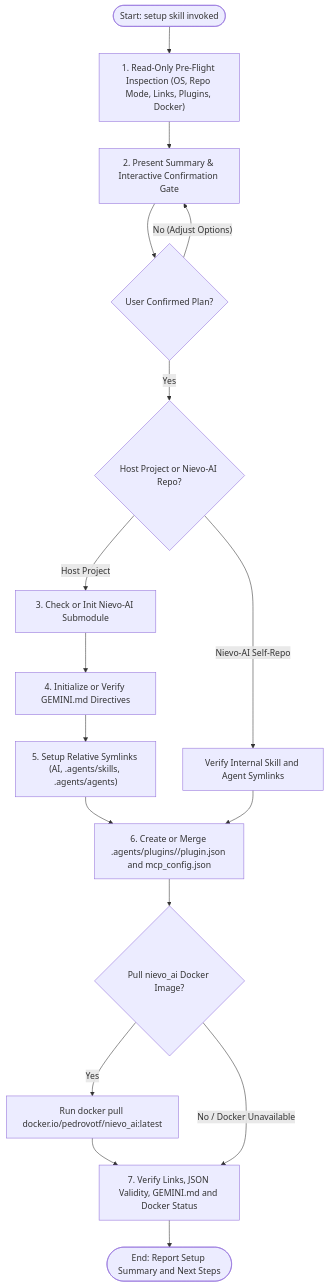
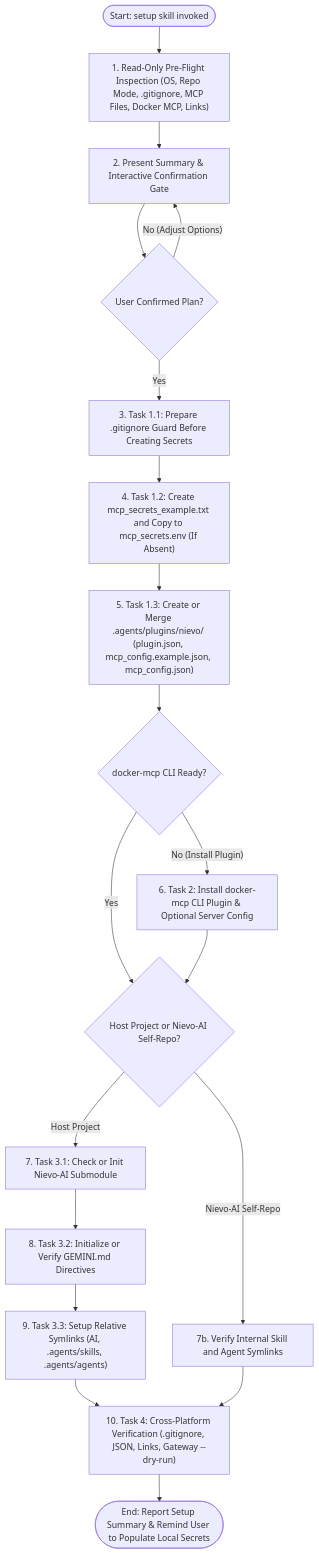
One commit to pedrovtof/Nievo-AI changed the diagram in AI/GEMINI/skills/setup/setup.md. Above: the diagram before and after it, drawn with Mermaid. The commit also changed other lines of this file and 27 other files, not shown here.

First line of the commit message:
feat(skills): add postman skill, mcp integrations, and env guardrails (#13)

````diff
--- a/AI/GEMINI/skills/setup/setup.md
+++ b/AI/GEMINI/skills/setup/setup.md
@@ -36,23 +45,26 @@
 ```mermaid
 flowchart TD
-    start(["Start: setup skill invoked"]) --> preflight["1. Read-Only Pre-Flight Inspection (OS, Repo Mode, Links, Plugins, Docker)"]
+    start(["Start: setup skill invoked"]) --> preflight["1. Read-Only Pre-Flight Inspection (OS, Repo Mode, .gitignore, MCP Files, Docker MCP, Links)"]
     preflight --> gate["2. Present Summary & Interactive Confirmation Gate"]
     gate --> approved{"User Confirmed Plan?"}
     approved -- "No (Adjust Options)" --> gate
-    approved -- "Yes" --> repo_mode{"Host Project or Nievo-AI Repo?"}
+    approved -- "Yes" --> gitignore_guard["3. Task 1.1: Prepare .gitignore Guard Before Creating Secrets"]
 
-    repo_mode -- "Host Project" --> submodule["3. Check or Init Nievo-AI Submodule"]
-    submodule --> gemini_md["4. Initialize or Verify GEMINI.md Directives"]
-    gemini_md --> symlinks["5. Setup Relative Symlinks (AI, .agents/skills, .agents/agents)"]
-    symlinks --> plugin_mcp
+    gitignore_guard --> secrets_mold["4. Task 1.2: Create mcp_secrets_example.txt and Copy to mcp_secrets.env (If Absent)"]
+    secrets_mold --> plugin_mcp["5. Task 1.3: Create or Merge .agents/plugins/nievo/ (plugin.json, mcp_config.example.json, mcp_config.json)"]
+    plugin_mcp --> docker_mcp_check{"docker-mcp CLI Ready?"}
 
-    repo_mode -- "Nievo-AI Self-Repo" --> verify_internal["Verify Internal Skill and Agent Symlinks"]
-    verify_internal --> plugin_mcp
+    docker_mcp_check -- "No (Install Plugin)" --> docker_mcp_setup["6. Task 2: Install docker-mcp CLI Plugin & Optional Server Config"]
+    docker_mcp_check -- "Yes" --> repo_mode{"Host Project or Nievo-AI Self-Repo?"}
+    docker_mcp_setup --> repo_mode
 
-    plugin_mcp["6. Create or Merge .agents/plugins/<name>/plugin.json and mcp_config.json"] --> docker_pull{"Pull nievo_ai Docker Image?"}
-    docker_pull -- "Yes" --> run_pull["Run docker pull docker.io/pedrovotf/nievo_ai:latest"]
-    run_pull --> verify
-    docker_pull -- "No / Docker Unavailable" --> verify
+    repo_mode -- "Host Project" --> submodule["7. Task 3.1: Check or Init Nievo-AI Submodule"]
+    submodule --> gemini_md["8. Task 3.2: Initialize or Verify GEMINI.md Directives"]
+    gemini_md --> symlinks["9. Task 3.3: Setup Relative Symlinks (AI, .agents/skills, .agents/agents)"]
+    symlinks --> verify
 
-    verify["7. Verify Links, JSON Validity, GEMINI.md and Docker Status"] --> finish(["End: Report Setup Summary and Next Steps"])
+    repo_mode -- "Nievo-AI Self-Repo" --> verify_internal["7b. Verify Internal Skill and Agent Symlinks"]
+    verify_internal --> verify
+
+    verify["10. Task 4: Cross-Platform Verification (.gitignore, JSON, Links, Gateway --dry-run)"] --> finish(["End: Report Setup Summary & Remind User to Populate Local Secrets"])
 ```
````
